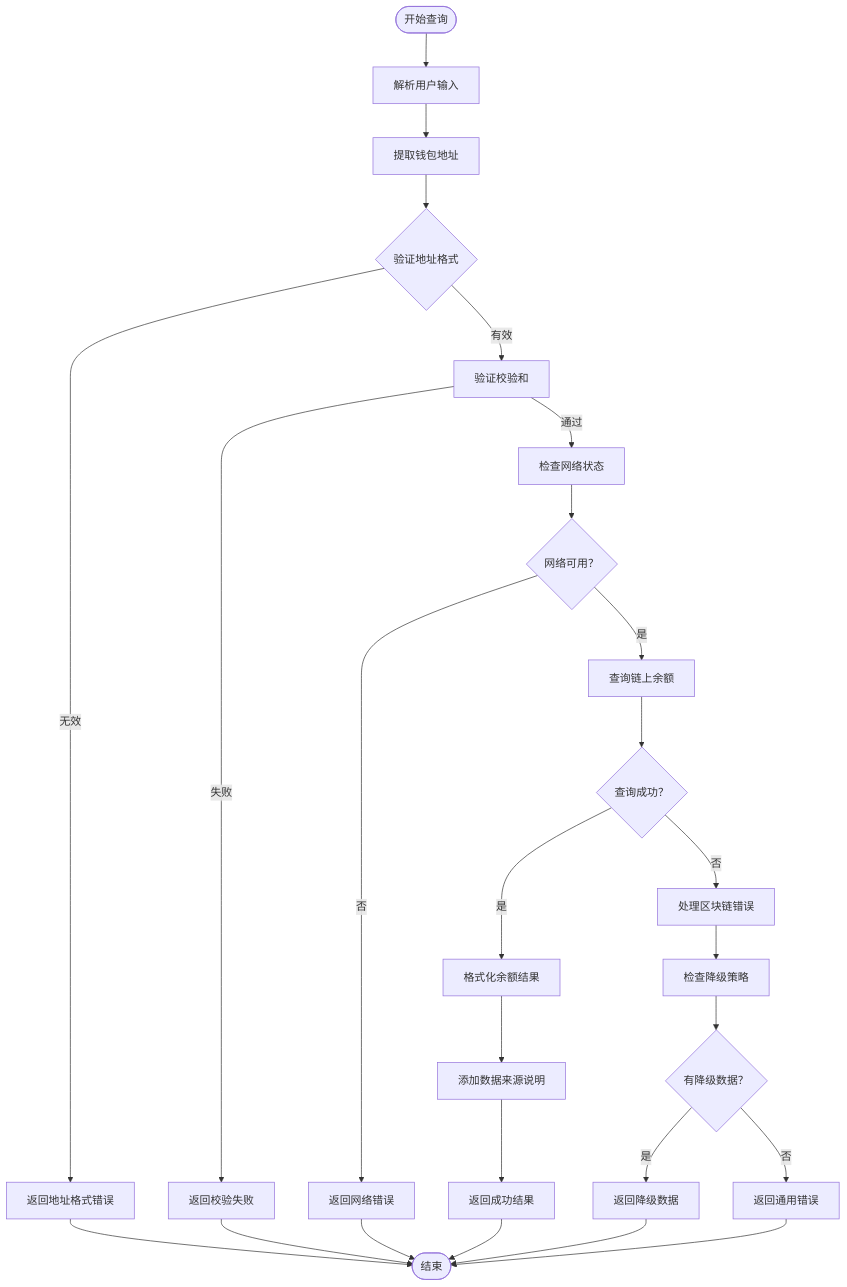
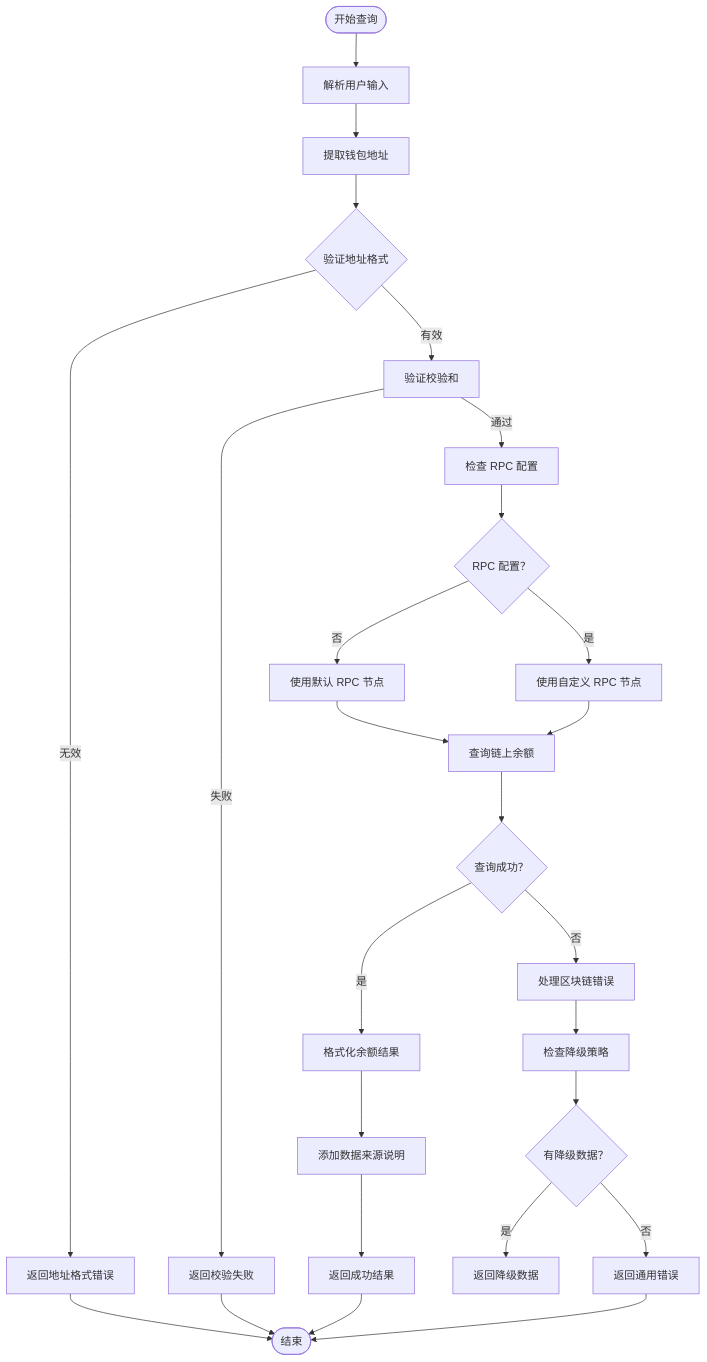
One commit to CryptoLinxu/Web3-AI-Agent changed the fourth of 6 diagrams in .qoder/repowiki/zh/content/Web3工具集成/核心Web3工具实现/核心Web3工具实现.md. Above: the diagram before and after it, drawn with Mermaid. The commit also changed other lines of this file and 6 other files, not shown here.

````diff
--- a/.qoder/repowiki/zh/content/Web3工具集成/核心Web3工具实现/核心Web3工具实现.md
+++ b/.qoder/repowiki/zh/content/Web3工具集成/核心Web3工具实现/核心Web3工具实现.md
@@ -233,28 +212,28 @@
 ```mermaid
 flowchart TD
 Start([开始查询]) --> ParseInput["解析用户输入"]
 ParseInput --> ExtractAddress["提取钱包地址"]
 ExtractAddress --> ValidateFormat{"验证地址格式"}
 ValidateFormat --> |无效| ReturnInvalid["返回地址格式错误"]
 ValidateFormat --> |有效| ValidateChecksum["验证校验和"]
 ValidateChecksum --> |失败| ReturnChecksum["返回校验失败"]
-ValidateChecksum --> |通过| CheckNetwork["检查网络状态"]
-CheckNetwork --> NetworkOK{"网络可用？"}
-NetworkOK --> |否| ReturnNetworkError["返回网络错误"]
-NetworkOK --> |是| QueryBalance["查询链上余额"]
+ValidateChecksum --> |通过| CheckRPC["检查 RPC 配置"]
+CheckRPC --> RPCConfigured{"RPC 配置？"}
+RPCConfigured --> |否| UseDefault["使用默认 RPC 节点"]
+RPCConfigured --> |是| UseCustom["使用自定义 RPC 节点"]
+UseDefault --> QueryBalance["查询链上余额"]
+UseCustom --> QueryBalance
 QueryBalance --> BalanceSuccess{"查询成功？"}
 BalanceSuccess --> |否| HandleBlockchainError["处理区块链错误"]
 BalanceSuccess --> |是| FormatResult["格式化余额结果"]
 FormatResult --> AddSource["添加数据来源说明"]
 AddSource --> ReturnSuccess["返回成功结果"]
 HandleBlockchainError --> CheckFallback["检查降级策略"]
 CheckFallback --> FallbackAvailable{"有降级数据？"}
 FallbackAvailable --> |是| ReturnFallback["返回降级数据"]
 FallbackAvailable --> |否| ReturnError["返回通用错误"]
 ReturnInvalid --> End([结束])
 ReturnChecksum --> End
-ReturnNetworkError --> End
 ReturnSuccess --> End
-ReturnFallback --> End
 ReturnError --> End
 ```
````
